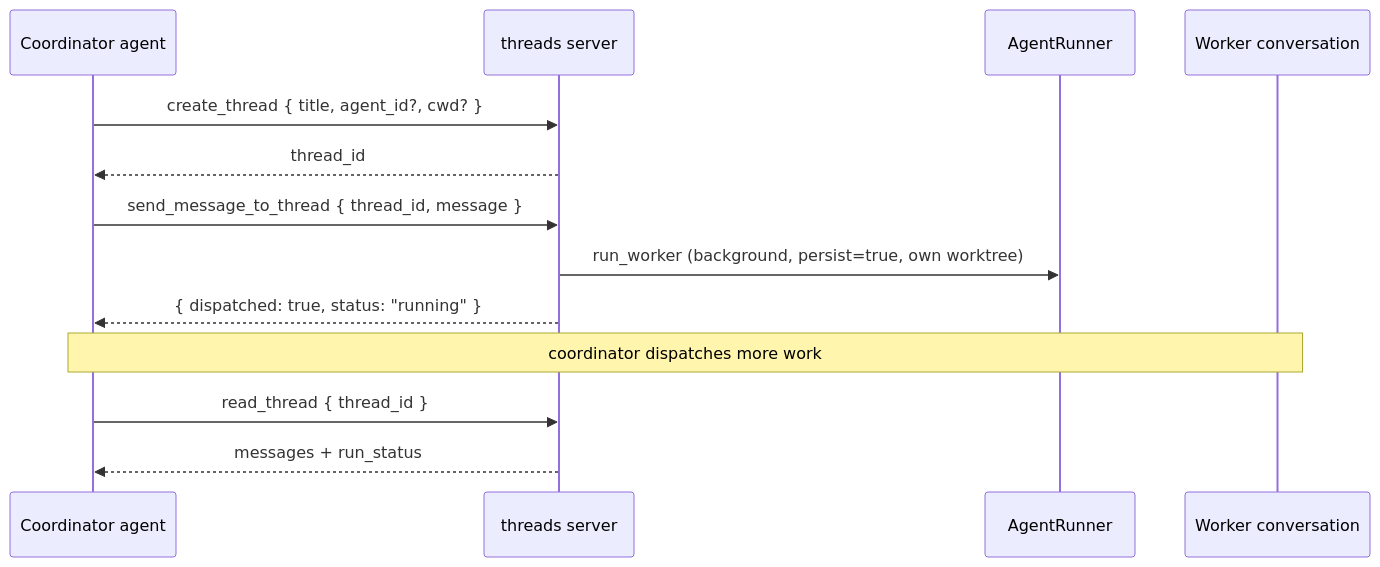
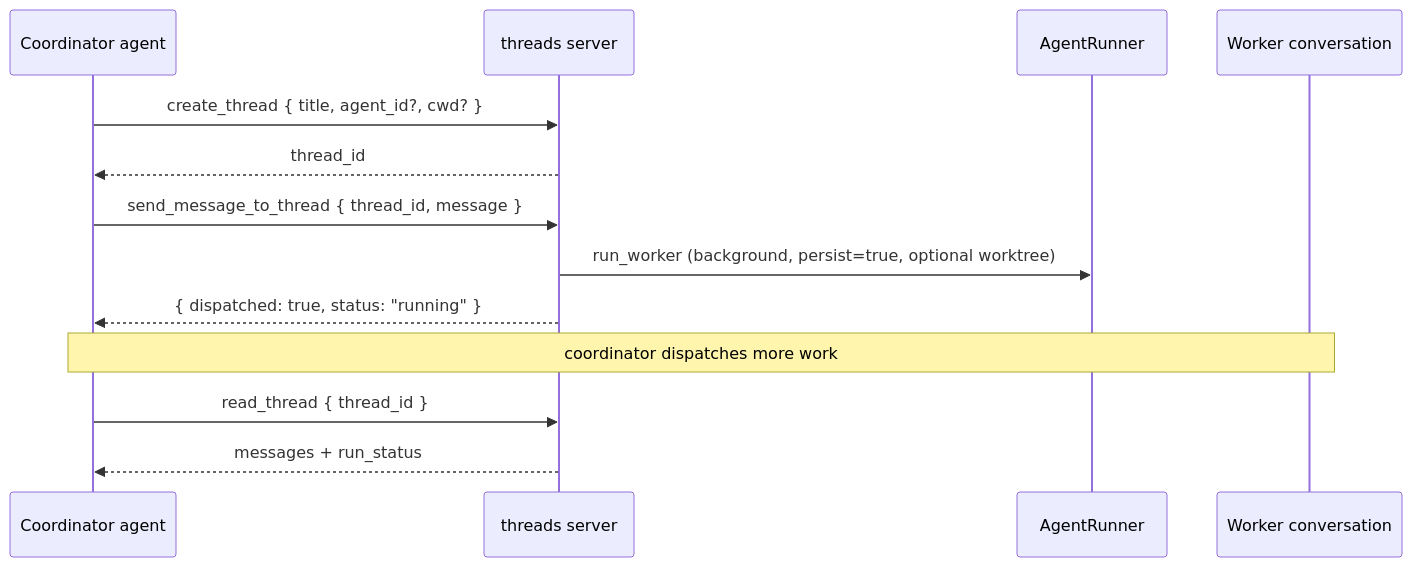
One commit to amajorai/ryu-docs changed the diagram in content/docs/core/coordinator-threads.mdx. Above: the diagram before and after it, drawn with Mermaid. The commit also changed other lines of this file and 2538 other files, not shown here.

````diff
--- a/content/docs/core/coordinator-threads.mdx
+++ b/content/docs/core/coordinator-threads.mdx
@@ -71,15 +78,15 @@
 ```mermaid
 sequenceDiagram
     participant C as Coordinator agent
     participant T as threads server
     participant R as AgentRunner
     participant W as Worker conversation
     C->>T: create_thread { title, agent_id?, cwd? }
     T-->>C: thread_id
     C->>T: send_message_to_thread { thread_id, message }
-    T->>R: run_worker (background, persist=true, own worktree)
+    T->>R: run_worker (background, persist=true, optional worktree)
     T-->>C: { dispatched: true, status: "running" }
     Note over C,W: coordinator dispatches more work
     C->>T: read_thread { thread_id }
     T-->>C: messages + run_status
 ```
````
